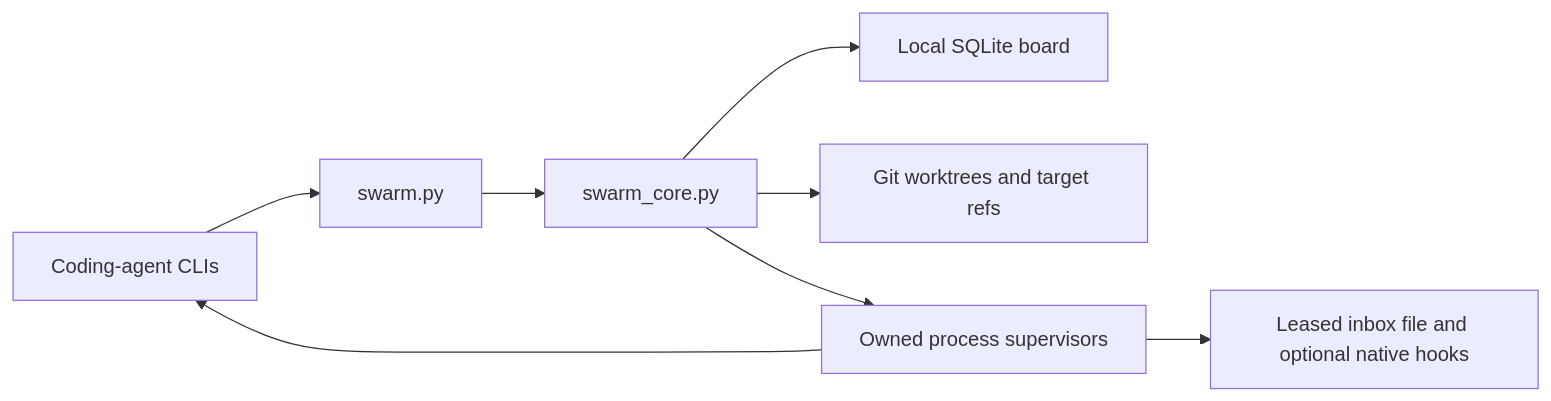
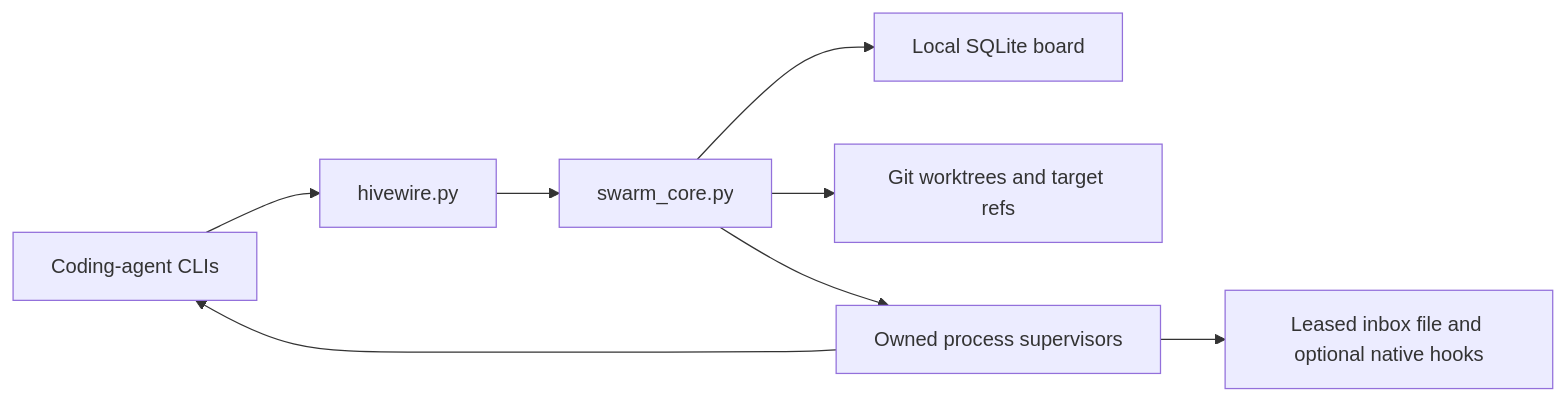
Before and after one commit to ifinsta/agents-collaboration: the first of 2 diagrams in docs/design.md, drawn with Mermaid. The commit also changed other lines of this file and 81 other files, not shown here.

````diff
--- a/docs/design.md
+++ b/docs/design.md
@@ -15,10 +15,10 @@
 ```mermaid
 flowchart LR
-    Agents["Coding-agent CLIs"] --> CLI["swarm.py"]
+    Agents["Coding-agent CLIs"] --> CLI["hivewire.py"]
     CLI --> Engine["swarm_core.py"]
     Engine --> Board["Local SQLite board"]
     Engine --> Git["Git worktrees and target refs"]
     Engine --> Supervisor["Owned process supervisors"]
     Supervisor --> Agents
     Supervisor --> Relay["Leased inbox file and optional native hooks"]
 ```
````
